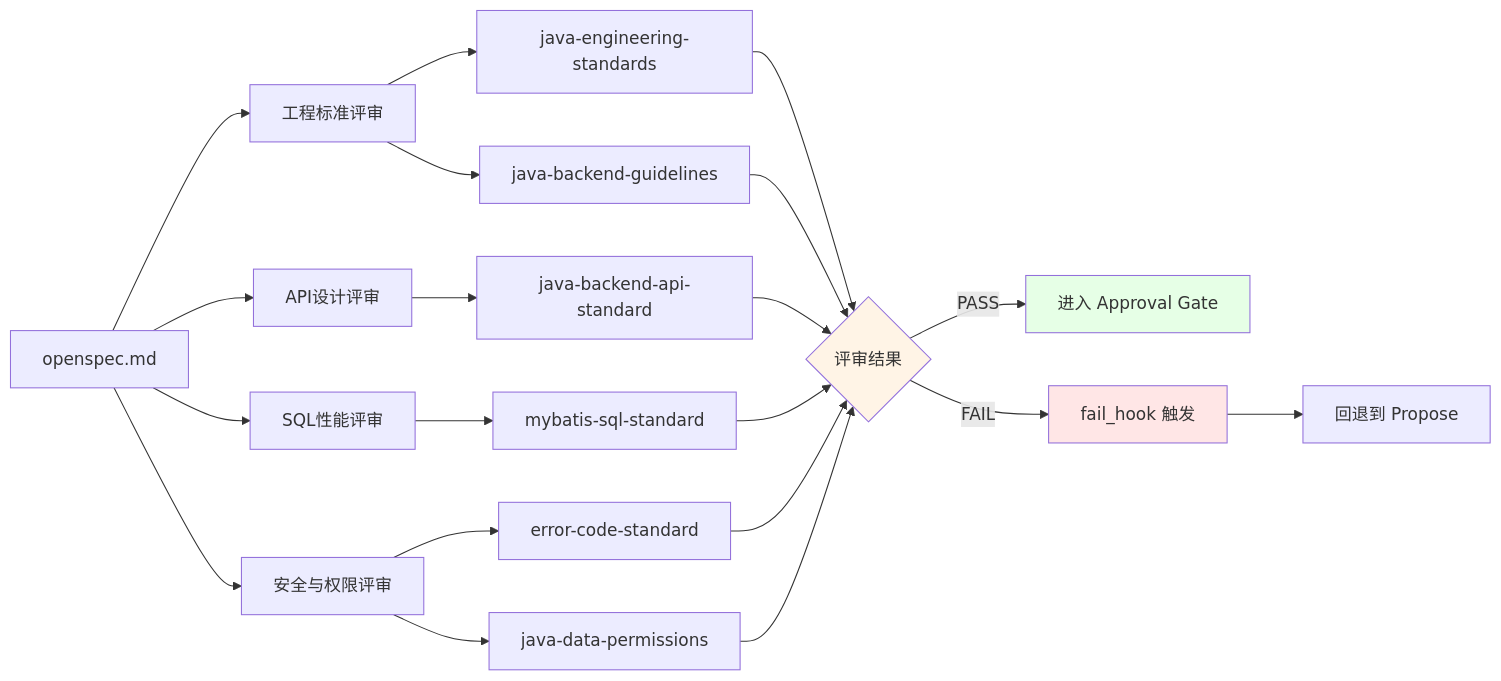
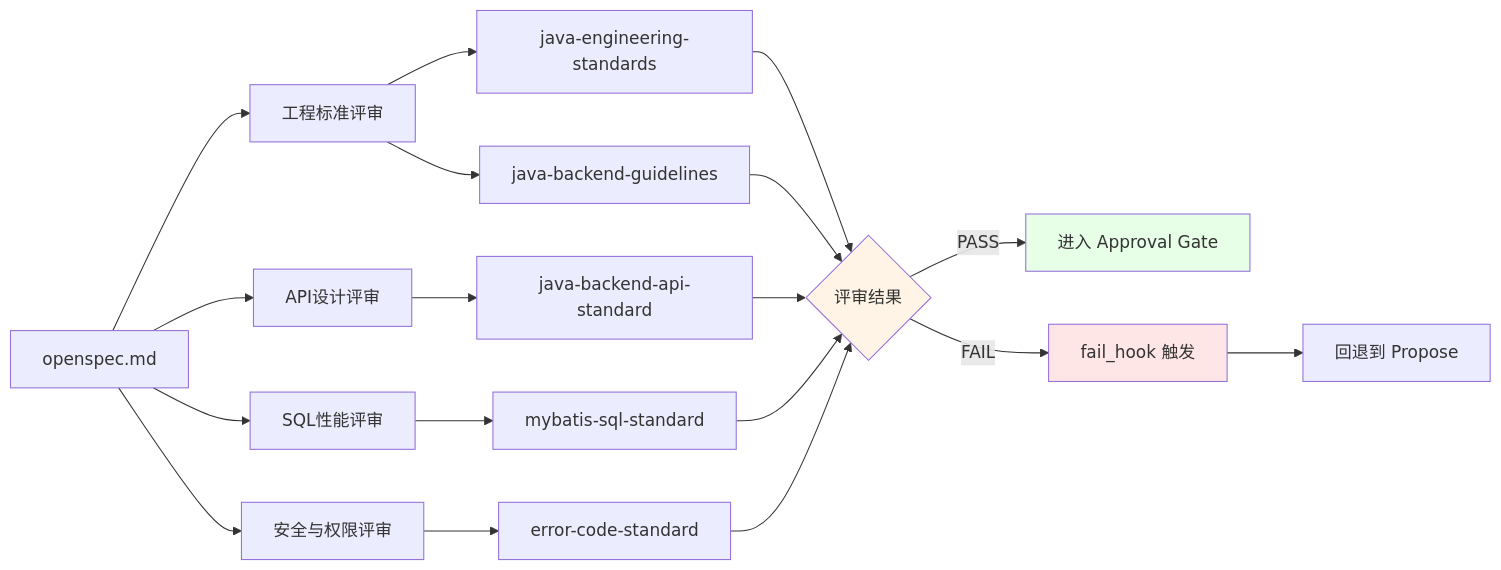
One commit to listener-He/java-harness-agent changed diagram 18 of 25 in ENGINEERING_MANUAL_zh.md. Above: the diagram before and after it, drawn with Mermaid. The commit also changed other lines of this file and 39 other files, not shown here.

````diff
--- a/ENGINEERING_MANUAL_zh.md
+++ b/ENGINEERING_MANUAL_zh.md
@@ -2069,32 +2066,30 @@
 ```mermaid
 flowchart LR
     Openspec[openspec.md] --> Eng[工程标准评审]
     Openspec --> API[API设计评审]
     Openspec --> SQL[SQL性能评审]
     Openspec --> Sec[安全与权限评审]
     
     Eng --> Standards[java-engineering-standards]
     Eng --> Guidelines[java-backend-guidelines]
     
     API --> APIDesign[java-backend-api-standard]
     
     SQL --> MyBatis[mybatis-sql-standard]
     
     Sec --> ErrorCode[error-code-standard]
-    Sec --> Permissions[java-data-permissions]
     
     Standards --> Result{评审结果}
     Guidelines --> Result
     APIDesign --> Result
     MyBatis --> Result
     ErrorCode --> Result
-    Permissions --> Result
     
     Result -->|PASS| Approval[进入 Approval Gate]
     Result -->|FAIL| FailHook[fail_hook 触发]
     FailHook --> Rollback[回退到 Propose]
     
     style Result fill:#fff4e6
     style Approval fill:#e6ffe6
     style FailHook fill:#ffe6e6
 ```
````
